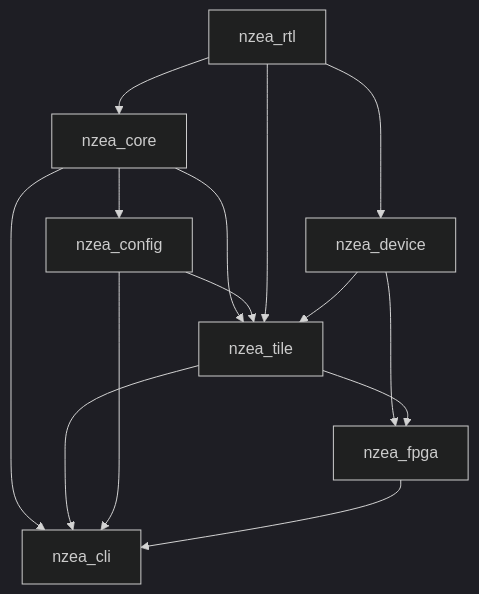
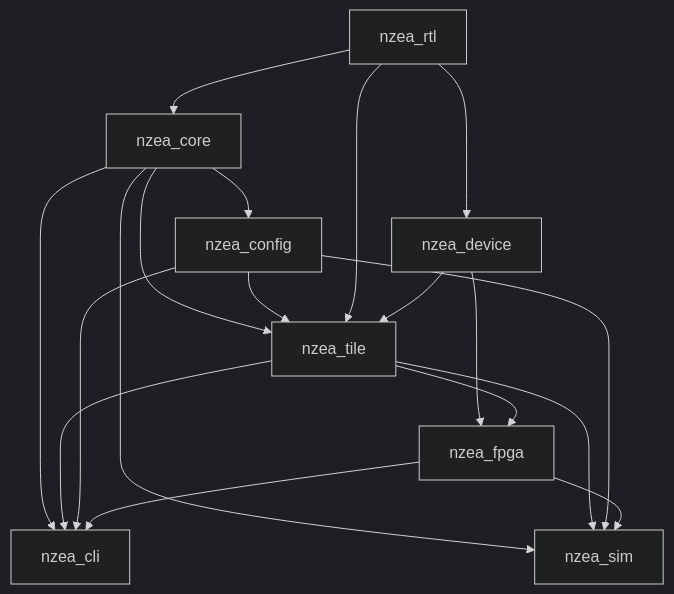
Before and after one commit to CodeWenjiu/NZEA: the diagram in AGENTS.md, drawn with Mermaid (dark theme). The commit also changed other lines of this file and 23 other files, not shown here.

````diff
--- a/AGENTS.md
+++ b/AGENTS.md
@@ -18,16 +18,20 @@
 ```mermaid
 flowchart TD
     rtl[nzea_rtl] --> device[nzea_device]
     rtl --> core[nzea_core]
     core --> config[nzea_config]
     core --> tile[nzea_tile]
     config --> tile
     rtl --> tile
     device --> tile
     device --> fpga[nzea_fpga]
     tile --> fpga
     core --> cli[nzea_cli]
     tile --> cli
     config --> cli
     fpga --> cli
+    core --> sim[nzea_sim]
+    tile --> sim
+    config --> sim
+    fpga --> sim
 ```
````
